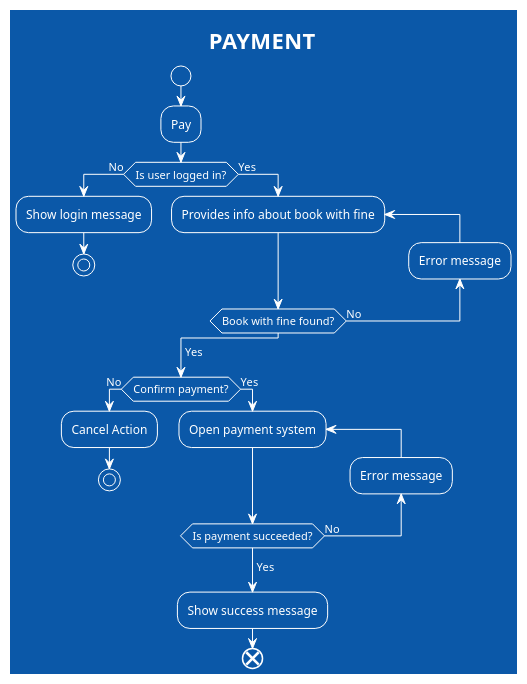
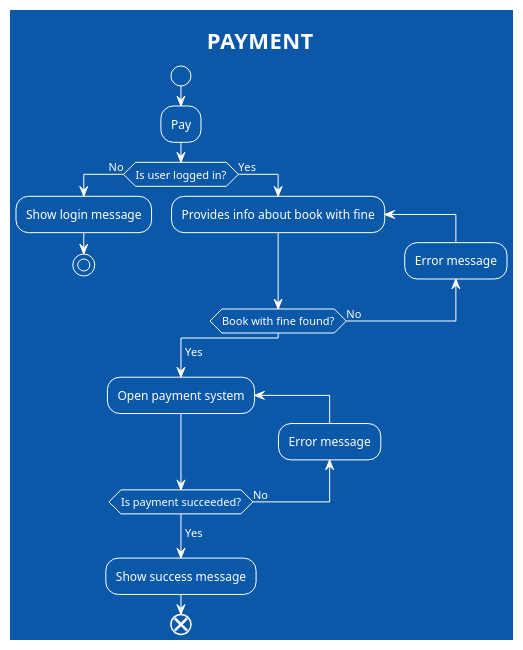
Before and after one commit to Gabe-Alvess/LibraryAppDiagrams: the seventh of 7 diagrams in flowcharts/flowchart-diagrams.md, drawn with PlantUML. The commit also changed other lines of this file and 2 other files, not shown here.

````diff
--- a/flowcharts/flowchart-diagrams.md
+++ b/flowcharts/flowchart-diagrams.md
@@ -198,33 +187,28 @@
 ```plantuml
 
 @startuml
 
 !theme amiga
 title PAYMENT
 
 start
 :Pay;
 if (Is user logged in?) then (No)
     :Show login message;
     stop
 else (Yes)
     repeat:Provides info about book with fine;
     backward:Error message;
     repeat while (Book with fine found?) is (No)
 endif
 ->Yes;
-if (Confirm payment?) then (No)
-    :Cancel Action;
-    stop
-else (Yes)
-    repeat:Open payment system;
-    backward:Error message;
-    repeat while (Is payment succeeded?) is (No)
-    ->Yes;
-    :Show success message;
-    end
-endif
+repeat:Open payment system;
+backward:Error message;
+repeat while (Is payment succeeded?) is (No)
+->Yes;
+:Show success message;
+end
 
 @enduml
 
 ```
````
